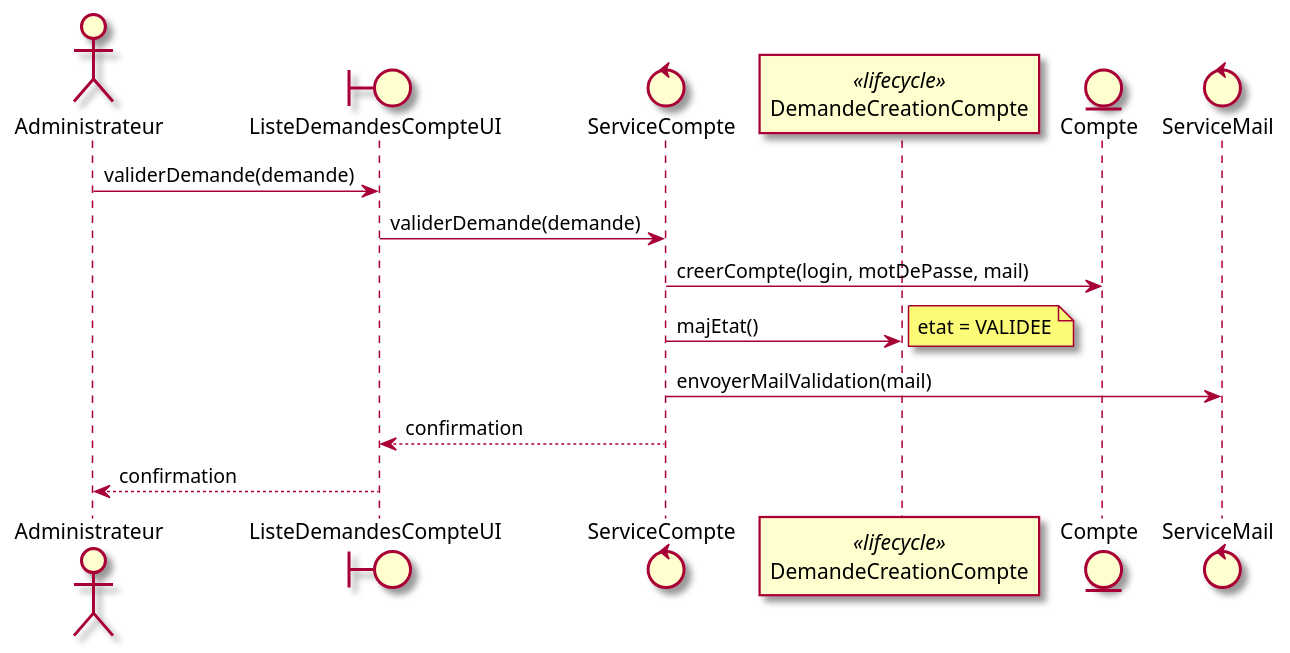
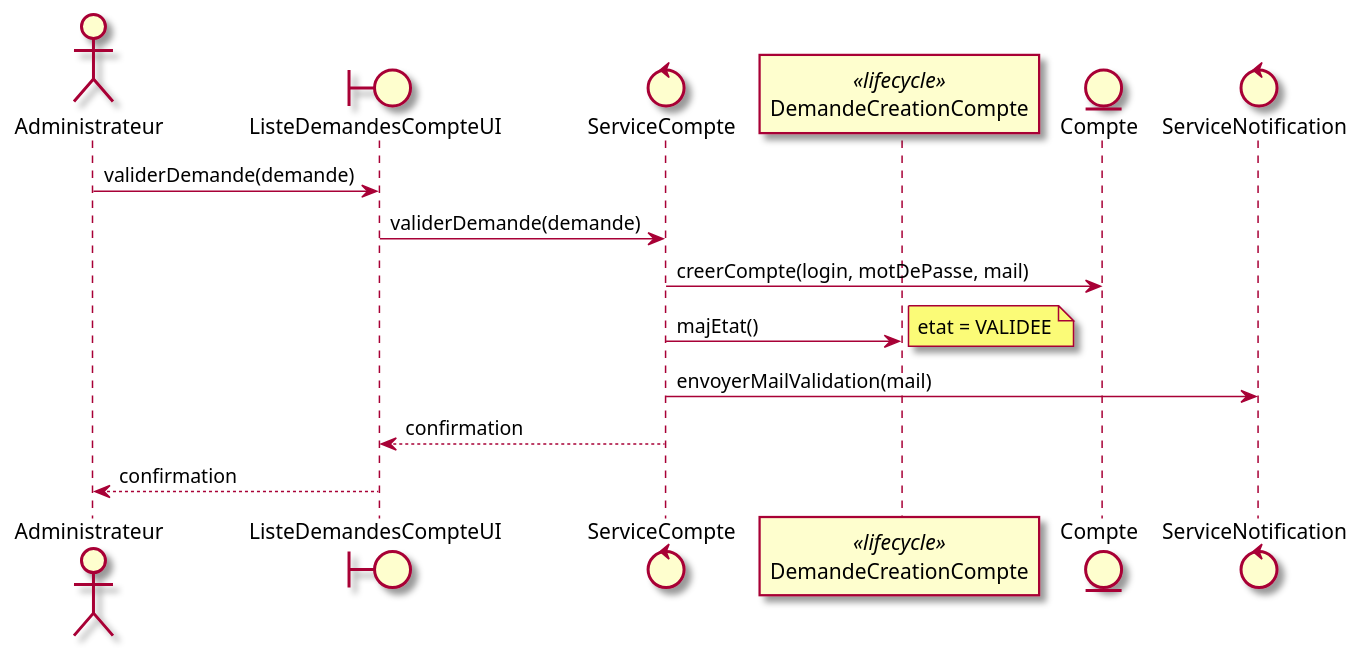
Before and after one commit to mrajaonson/glg204-room-management-system: the sixth of 58 diagrams in docs/02-Analyse.md, drawn with PlantUML. The commit also changed other lines of this file and 3 other files, not shown here.

````diff
--- a/docs/02-Analyse.md
+++ b/docs/02-Analyse.md
@@ -274,20 +286,20 @@
 ```plantuml
 @startuml
 skin rose
 actor Administrateur as a
 boundary ListeDemandesCompteUI as ui
 control ServiceCompte as svc
 participant DemandeCreationCompte as dcm <<lifecycle>>
 entity Compte as compte
-control ServiceMail as mail
+control ServiceNotification as notif
 
 a -> ui : validerDemande(demande)
 ui -> svc : validerDemande(demande)
 svc -> compte : creerCompte(login, motDePasse, mail)
 svc -> dcm : majEtat()
 note right : etat = VALIDEE
-svc -> mail : envoyerMailValidation(mail)
+svc -> notif : envoyerMailValidation(mail)
 svc --> ui : confirmation
 ui --> a : confirmation
 @enduml
 ```
````
